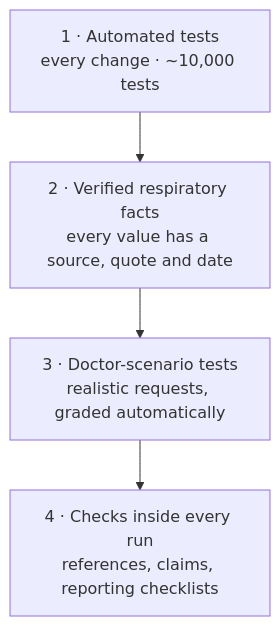
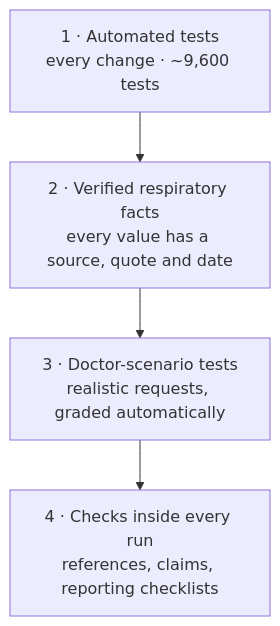
One commit to valinagacevschi/academic-research-skills changed the first of 2 diagrams in docs/EVALUATION.md. Above: the diagram before and after it, drawn with Mermaid. The commit also changed other lines of this file and 1 other file, not shown here.

Commit message:
docs: current test count

````diff
--- a/docs/EVALUATION.md
+++ b/docs/EVALUATION.md
@@ -5,7 +5,7 @@
 ```mermaid
 flowchart TB
-    L1["1 · Automated tests<br/>every change · ~10,000 tests"] --> L2
+    L1["1 · Automated tests<br/>every change · ~9,600 tests"] --> L2
     L2["2 · Verified respiratory facts<br/>every value has a source, quote and date"] --> L3
     L3["3 · Doctor-scenario tests<br/>realistic requests, graded automatically"] --> L4
     L4["4 · Checks inside every run<br/>references, claims, reporting checklists"]
 ```
````
